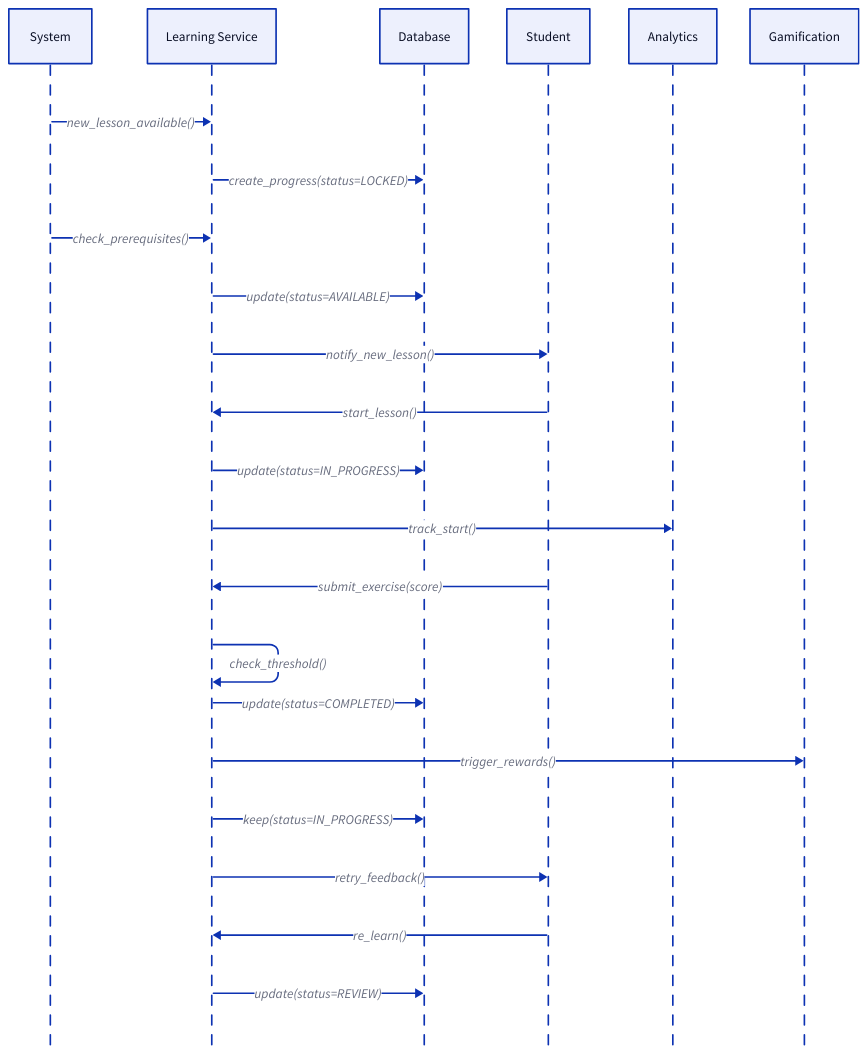
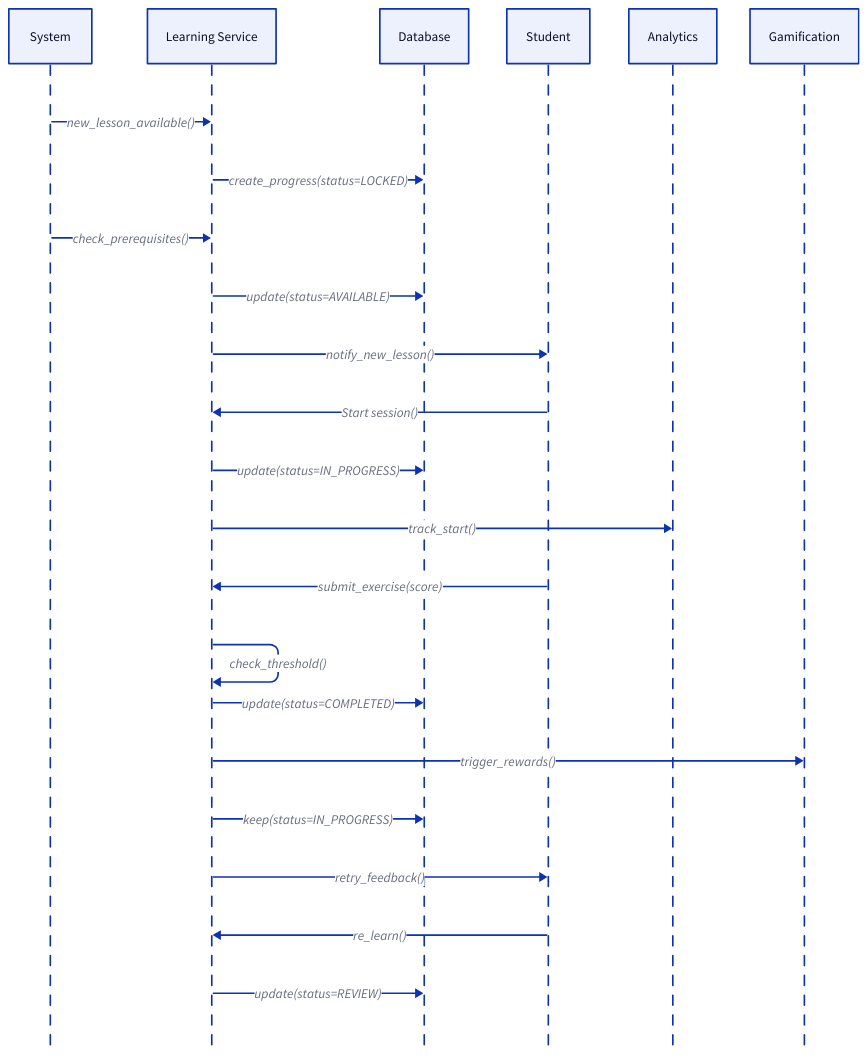
One commit to philongdanh/lms changed the fifth of 5 diagrams in spec/modules/learning.md. Above: the diagram before and after it, drawn with D2. The commit also changed other lines of this file and 14 other files, not shown here.

````diff
--- a/spec/modules/learning.md
+++ b/spec/modules/learning.md
@@ -105,32 +105,32 @@
 ```d2
 shape: sequence_diagram
 System
 "Learning Service"
 Database
 Student
 Analytics
 Gamification
 
 System -> "Learning Service": new_lesson_available()
 "Learning Service" -> Database: create_progress(status=LOCKED)
 
 System -> "Learning Service": check_prerequisites()
 "Learning Service" -> Database: update(status=AVAILABLE)
 "Learning Service" -> Student: notify_new_lesson()
 
-Student -> "Learning Service": start_lesson()
+Student -> "Learning Service": Start session()
 "Learning Service" -> Database: update(status=IN_PROGRESS)
 "Learning Service" -> Analytics: track_start()
 
 Student -> "Learning Service": submit_exercise(score)
 "Learning Service" -> "Learning Service": check_threshold()
 
 "Learning Service" -> Database: update(status=COMPLETED)
 "Learning Service" -> Gamification: trigger_rewards()
 
 "Learning Service" -> Database: keep(status=IN_PROGRESS)
 "Learning Service" -> Student: retry_feedback()
 
 Student -> "Learning Service": re_learn()
 "Learning Service" -> Database: update(status=REVIEW)
 ```
````
